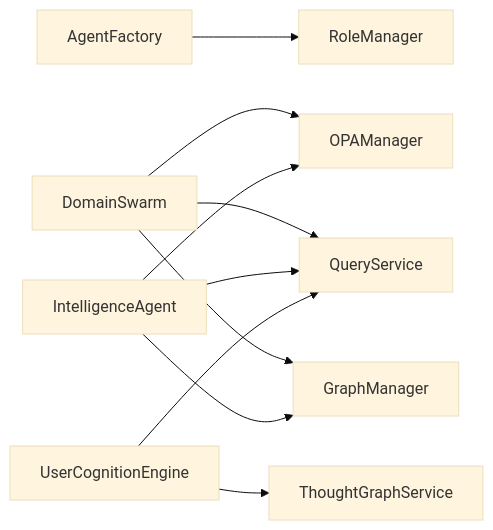
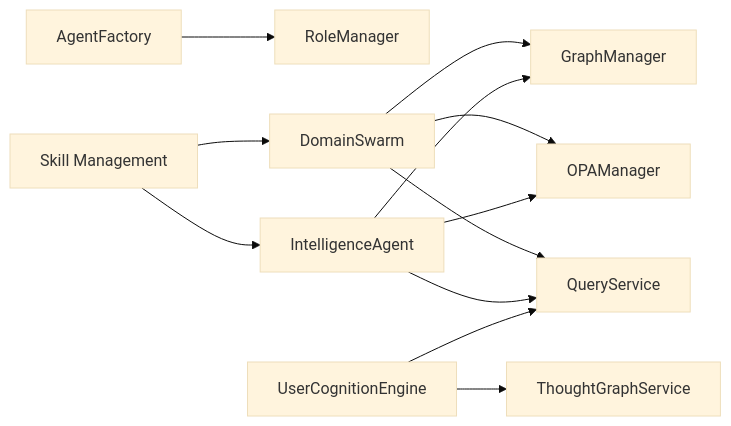
One commit to inier/ontology-graphiti changed diagram 11 of 11 in .qoder/repowiki/zh/content/架构设计/分层架构设计/L3-L4 业务层/智能体协同系统.md. Above: the diagram before and after it, drawn with Mermaid (base theme). The commit also changed other lines of this file and 7 other files, not shown here.

First line of the commit message:
fix: 策略编辑器移除审计日志Tab + 业务规则归入语义地图

````diff
--- a/.qoder/repowiki/zh/content/架构设计/分层架构设计/L3-L4 业务层/智能体协同系统.md
+++ b/.qoder/repowiki/zh/content/架构设计/分层架构设计/L3-L4 业务层/智能体协同系统.md
@@ -387,12 +491,14 @@
 ```mermaid
 graph LR
 AF["AgentFactory"] --> RM["RoleManager"]
 SO["DomainSwarm"] --> OM["OPAManager"]
 SO --> QS["QueryService"]
 SO --> GM["GraphManager"]
 IA["IntelligenceAgent"] --> QS
 IA --> GM
 IA --> OM
 UCE["UserCognitionEngine"] --> QS
 UCE --> TGS["ThoughtGraphService"]
+SM["Skill Management"] --> IA
+SM --> SO
 ```
````
